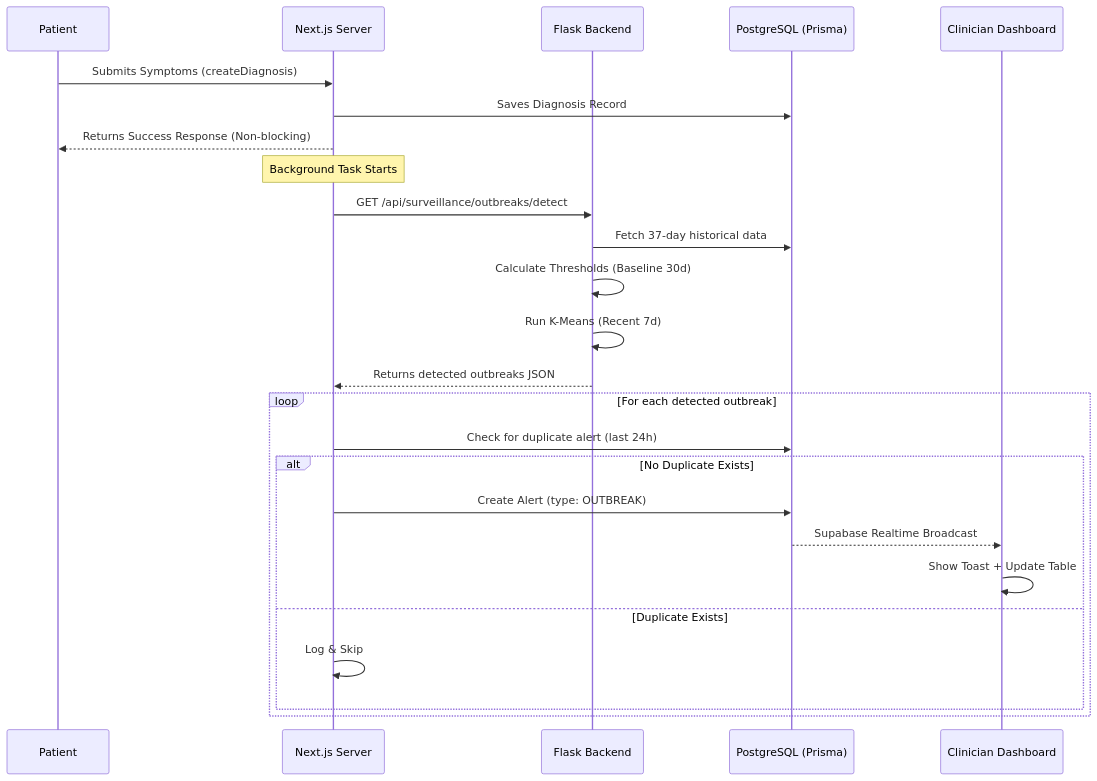
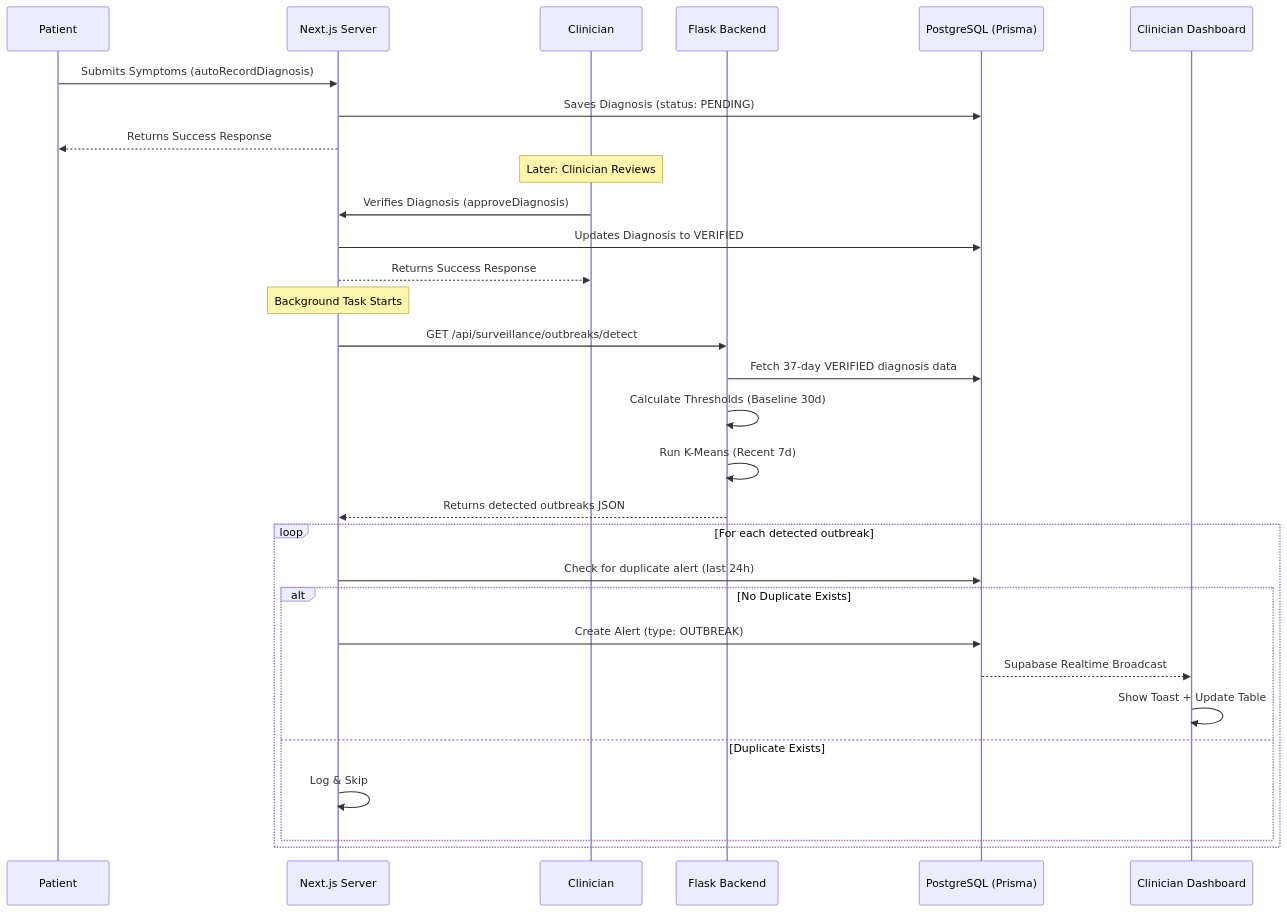
The third of 3 diagrams in frontend/documentations/OUTBREAK_ALERT_SYSTEM.md (notlath/aill-be-sick), drawn with Mermaid before and after one commit. The commit also changed other lines of this file and 8 other files, not shown here.

````diff
--- a/frontend/documentations/OUTBREAK_ALERT_SYSTEM.md
+++ b/frontend/documentations/OUTBREAK_ALERT_SYSTEM.md
@@ -350,31 +350,37 @@
 ```mermaid
 sequenceDiagram
     participant P as Patient
     participant N as Next.js Server
+    participant C as Clinician
     participant F as Flask Backend
     participant DB as PostgreSQL (Prisma)
-    participant C as Clinician Dashboard
+    participant D as Clinician Dashboard
 
-    P->>N: Submits Symptoms (createDiagnosis)
-    N->>DB: Saves Diagnosis Record
-    N-->>P: Returns Success Response (Non-blocking)
+    P->>N: Submits Symptoms (autoRecordDiagnosis)
+    N->>DB: Saves Diagnosis (status: PENDING)
+    N-->>P: Returns Success Response
+    
+    Note over C: Later: Clinician Reviews
+    C->>N: Verifies Diagnosis (approveDiagnosis)
+    N->>DB: Updates Diagnosis to VERIFIED
+    N-->>C: Returns Success Response
     
     Note over N: Background Task Starts
     
     N->>F: GET /api/surveillance/outbreaks/detect
-    F->>DB: Fetch 37-day historical data
+    F->>DB: Fetch 37-day VERIFIED diagnosis data
     F->>F: Calculate Thresholds (Baseline 30d)
     F->>F: Run K-Means (Recent 7d)
     F-->>N: Returns detected outbreaks JSON
     
     loop For each detected outbreak
         N->>DB: Check for duplicate alert (last 24h)
         alt No Duplicate Exists
             N->>DB: Create Alert (type: OUTBREAK)
-            DB-->>C: Supabase Realtime Broadcast
-            C->>C: Show Toast + Update Table
+            DB-->>D: Supabase Realtime Broadcast
+            D->>D: Show Toast + Update Table
         else Duplicate Exists
             N->>N: Log & Skip
         end
     end
 ```
````
